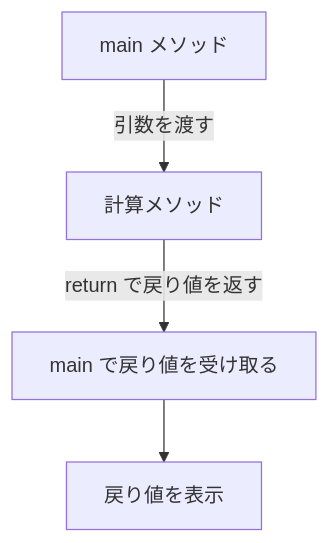
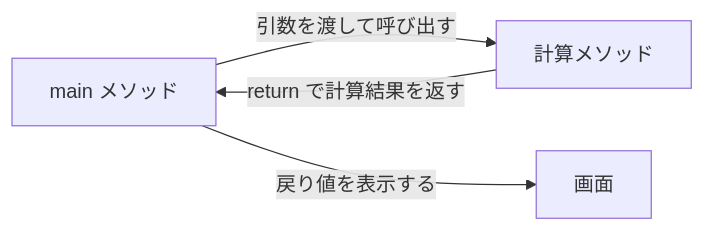
Before and after one commit to kiyomiya38/order-management-springboot: the first of 2 diagrams in docs/curriculum/java/java-handson/java-08-methods.md, drawn with Mermaid. The commit also changed other lines of this file and 82 other files, not shown here.

````diff
--- a/docs/curriculum/java/java-handson/java-08-methods.md
+++ b/docs/curriculum/java/java-handson/java-08-methods.md
@@ -29,6 +29,6 @@
 ```mermaid
-flowchart TB
-  MAIN["main メソッド"] -->|引数を渡す| METHOD["計算メソッド"]
-  METHOD -->|return で戻り値を返す| RESULT["main で戻り値を受け取る"]
-  RESULT --> PRINT["戻り値を表示"]
+flowchart LR
+  MAIN["main メソッド"] -->|引数を渡して呼び出す| METHOD["計算メソッド"]
+  METHOD -->|return で計算結果を返す| MAIN
+  MAIN -->|戻り値を表示する| OUTPUT["画面"]
 ```
````
